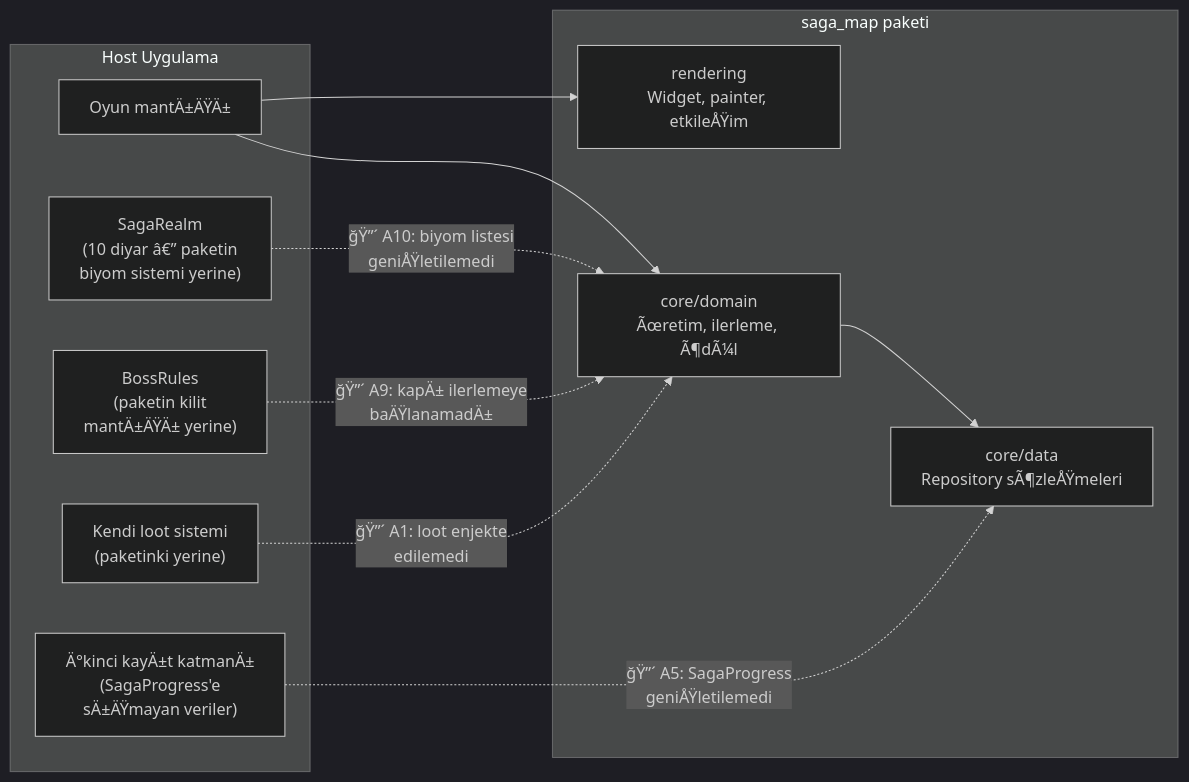
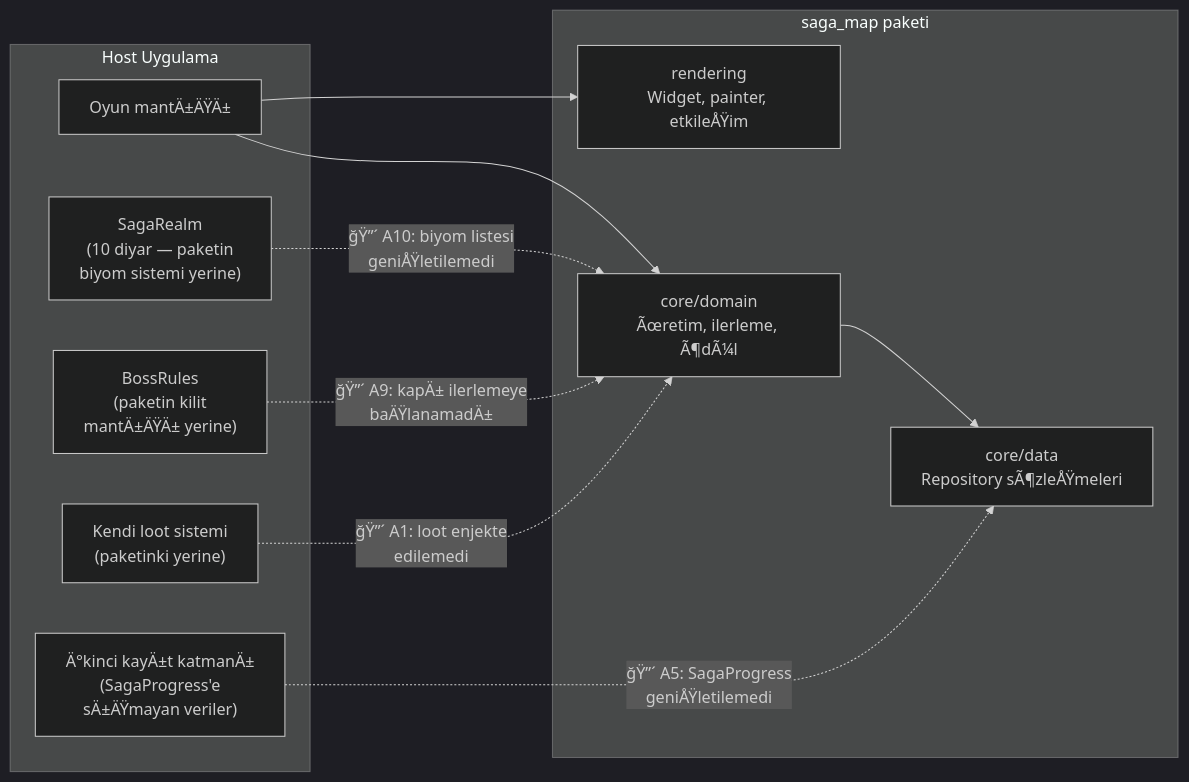
One commit to mulosbron/SagaMap changed the second of 5 diagrams in docs/reports/05-c4-genisleme-noktalari.md. Above: the diagram before and after it, drawn with Mermaid (dark theme). The commit also changed other lines of this file and 10 other files, not shown here.

````diff
--- a/docs/reports/05-c4-genisleme-noktalari.md
+++ b/docs/reports/05-c4-genisleme-noktalari.md
@@ -39,25 +39,25 @@
 ```mermaid
 graph LR
     subgraph host["Host Uygulama"]
         game["Oyun mantÄ±ÄŸÄ±"]
-        realm["SagaRealm<br/>(10 diyar â€” paketin<br/>biyom sistemi yerine)"]
+        realm["SagaRealm<br/>(10 diyar — paketin<br/>biyom sistemi yerine)"]
         boss["BossRules<br/>(paketin kilit<br/>mantÄ±ÄŸÄ± yerine)"]
         loot2["Kendi loot sistemi<br/>(paketinki yerine)"]
         repo2["Ä°kinci kayÄ±t katmanÄ±<br/>(SagaProgress'e<br/>sÄ±ÄŸmayan veriler)"]
     end
 
     subgraph pkg["saga_map paketi"]
         domain["core/domain<br/>Ãœretim, ilerleme, Ã¶dÃ¼l"]
         data["core/data<br/>Repository sÃ¶zleÅŸmeleri"]
         render["rendering<br/>Widget, painter, etkileÅŸim"]
     end
 
     game --> render
     game --> domain
     domain --> data
 
     realm -.->|"ğŸ”´ A10: biyom listesi<br/>geniÅŸletilemedi"| domain
     boss -.->|"ğŸ”´ A9: kapÄ± ilerlemeye<br/>baÄŸlanamadÄ±"| domain
     loot2 -.->|"ğŸ”´ A1: loot enjekte<br/>edilemedi"| domain
     repo2 -.->|"ğŸ”´ A5: SagaProgress<br/>geniÅŸletilemedi"| data
 ```
````
